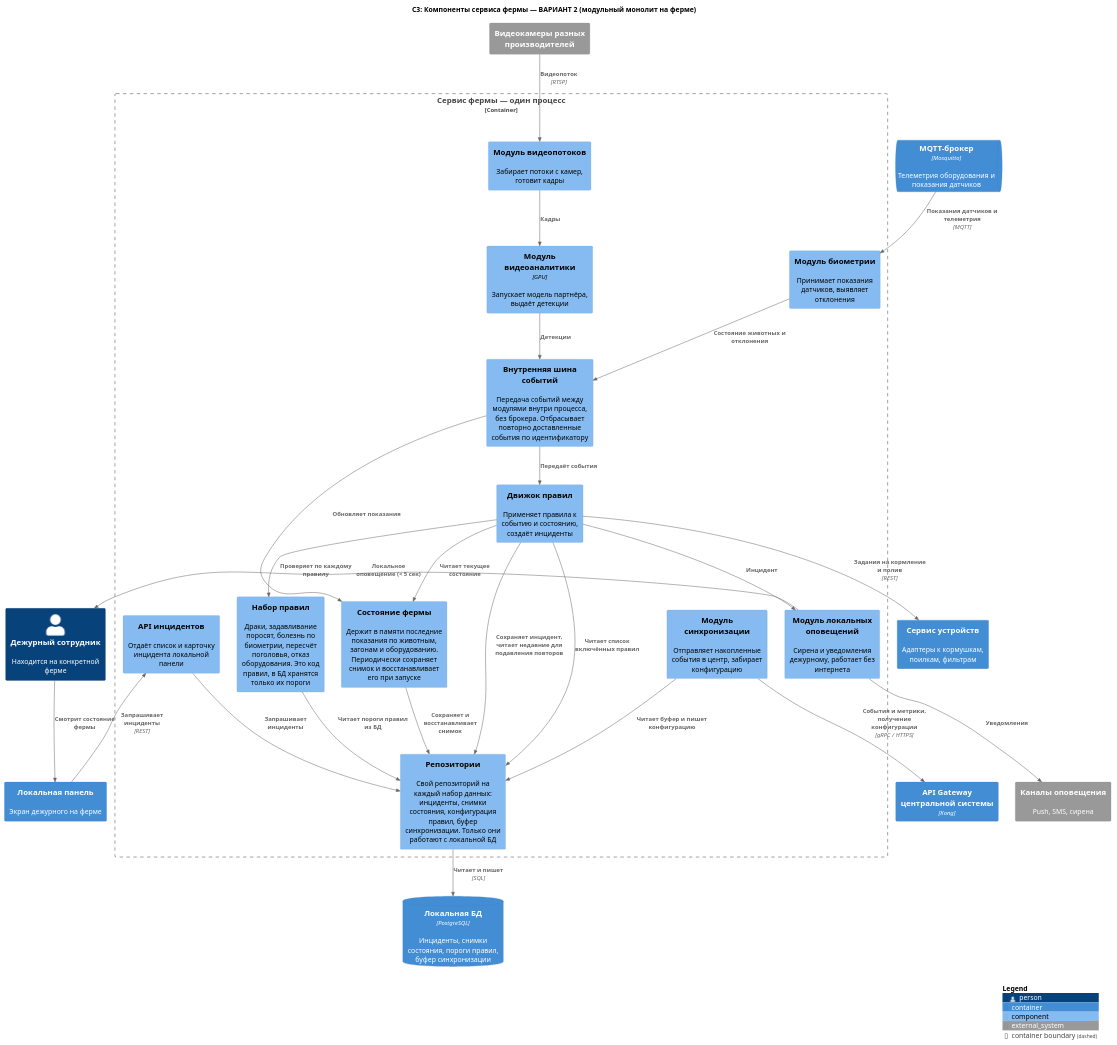
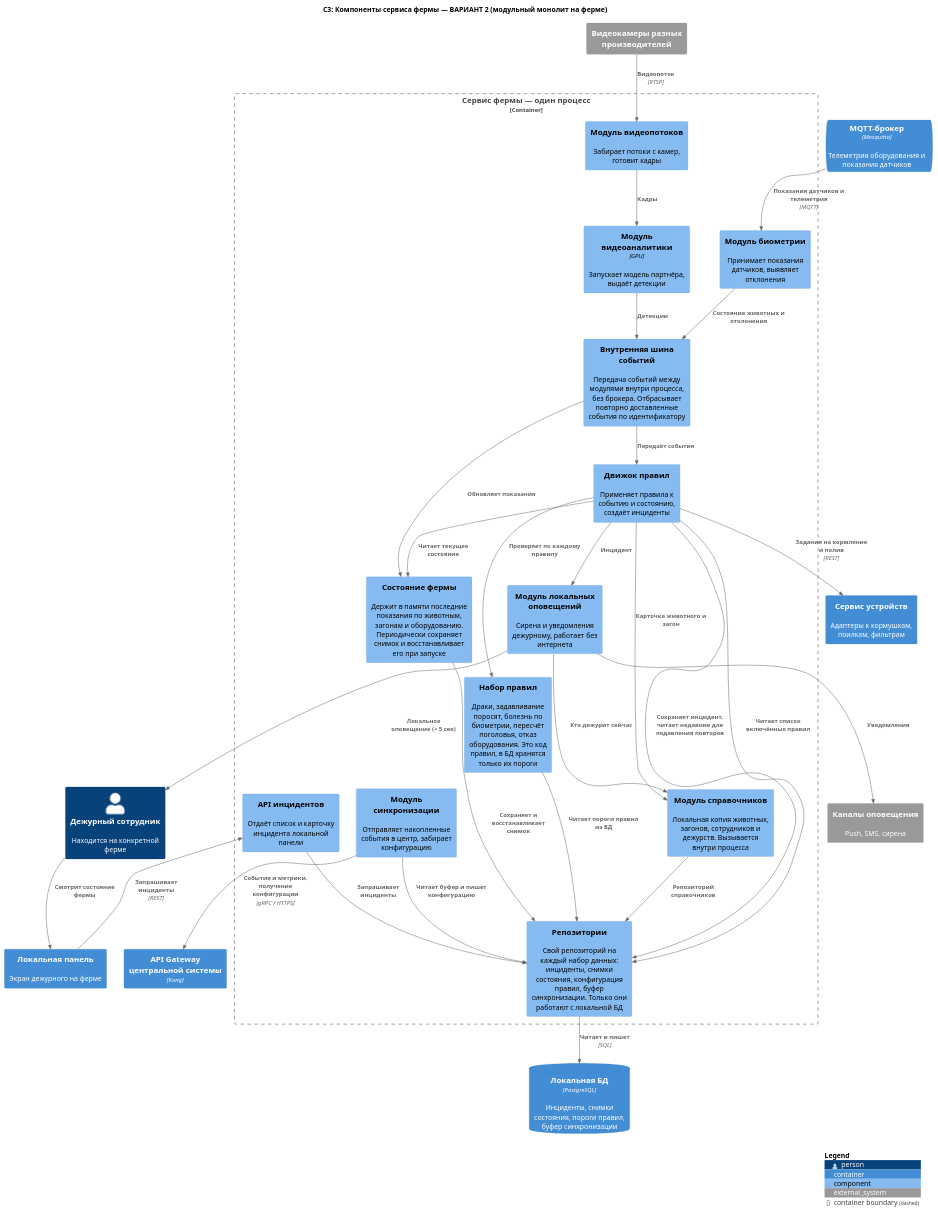
One commit to skorogod/MSA-AgroTech changed the diagram in Task3/c3-alternative.puml. Above: the diagram before and after it, drawn with PlantUML. The commit also changed 18 other files, not shown here.

```diff
--- a/Task3/c3-alternative.puml
+++ b/Task3/c3-alternative.puml
@@ -1,60 +1,64 @@
 @startuml C3_Сервис_Фермы_Альтернативное_Решение
 
 !include ../templates/C4_Component.puml
 
 title C3: Компоненты сервиса фермы — ВАРИАНТ 2 (модульный монолит на ферме)
 
 Person(дежурный, "Дежурный сотрудник", "Находится на конкретной ферме")
 
 System_Ext(камеры, "Видеокамеры разных производителей")
 System_Ext(нотификации, "Каналы оповещения", "Push, SMS, сирена")
 
 ContainerQueue(mqtt, "MQTT-брокер", "Mosquitto", "Телеметрия оборудования и показания датчиков")
 ContainerDb(бд_ф, "Локальная БД", "PostgreSQL", "Инциденты, снимки состояния, пороги правил, буфер синхронизации")
 Container(панель, "Локальная панель", $descr="Экран дежурного на ферме")
 Container(устройства, "Сервис устройств", $descr="Адаптеры к кормушкам, поилкам, фильтрам")
 Container(gateway, "API Gateway центральной системы", "Kong")
 
 Container_Boundary(рантайм, "Сервис фермы — один процесс") {
     Component(видео, "Модуль видеопотоков", $descr="Забирает потоки с камер, готовит кадры")
     Component(аналитика, "Модуль видеоаналитики", "GPU", "Запускает модель партнёра, выдаёт детекции")
     Component(биометрия, "Модуль биометрии", $descr="Принимает показания датчиков, выявляет отклонения")
     Component(шина, "Внутренняя шина событий", $descr="Передача событий между модулями внутри процесса, без брокера. Отбрасывает повторно доставленные события по идентификатору")
     Component(состояние, "Состояние фермы", $descr="Держит в памяти последние показания по животным, загонам и оборудованию. Периодически сохраняет снимок и восстанавливает его при запуске")
     Component(движок, "Движок правил", $descr="Применяет правила к событию и состоянию, создаёт инциденты")
     Component(правила, "Набор правил", $descr="Драки, задавливание поросят, болезнь по биометрии, пересчёт поголовья, отказ оборудования. Это код правил, в БД хранятся только их пороги")
     Component(оповещения, "Модуль локальных оповещений", $descr="Сирена и уведомления дежурному, работает без интернета")
+    Component(справочники, "Модуль справочников", $descr="Локальная копия животных, загонов, сотрудников и дежурств. Вызывается внутри процесса")
     Component(репозиторий, "Репозитории", $descr="Свой репозиторий на каждый набор данных: инциденты, снимки состояния, конфигурация правил, буфер синхронизации. Только они работают с локальной БД")
     Component(синхронизация, "Модуль синхронизации", $descr="Отправляет накопленные события в центр, забирает конфигурацию")
     Component(api, "API инцидентов", $descr="Отдаёт список и карточку инцидента локальной панели")
 }
 
 Rel(камеры, видео, "Видеопоток", "RTSP")
 Rel(видео, аналитика, "Кадры")
 Rel(аналитика, шина, "Детекции")
 Rel(mqtt, биометрия, "Показания датчиков и телеметрия", "MQTT")
 Rel(биометрия, шина, "Состояние животных и отклонения")
 Rel(шина, состояние, "Обновляет показания")
 Rel(шина, движок, "Передаёт события")
 Rel(движок, состояние, "Читает текущее состояние")
 Rel(движок, правила, "Проверяет по каждому правилу")
+Rel(движок, справочники, "Карточка животного и загон")
+Rel(оповещения, справочники, "Кто дежурит сейчас")
+Rel(справочники, репозиторий, "Репозиторий справочников")
 Rel(движок, оповещения, "Инцидент")
 Rel(движок, репозиторий, "Сохраняет инцидент, читает недавние для подавления повторов")
 Rel(состояние, репозиторий, "Сохраняет и восстанавливает снимок")
 Rel(правила, репозиторий, "Читает пороги правил из БД")
 Rel(движок, репозиторий, "Читает список включённых правил")
 Rel(движок, устройства, "Задания на кормление и полив", "REST")
 Rel(оповещения, нотификации, "Уведомления")
 Rel(оповещения, дежурный, "Локальное оповещение (< 5 сек)")
 Rel(репозиторий, бд_ф, "Читает и пишет", "SQL")
 Rel(синхронизация, репозиторий, "Читает буфер и пишет конфигурацию")
 Rel(синхронизация, gateway, "События и метрики, получение конфигурации", "gRPC / HTTPS")
 Rel(api, репозиторий, "Запрашивает инциденты")
 Rel(панель, api, "Запрашивает инциденты", "REST")
 Rel(дежурный, панель, "Смотрит состояние фермы")
 
 Lay_R(биометрия, mqtt)
 Lay_D(api, панель)
 
 SHOW_LEGEND()
 @enduml
```
